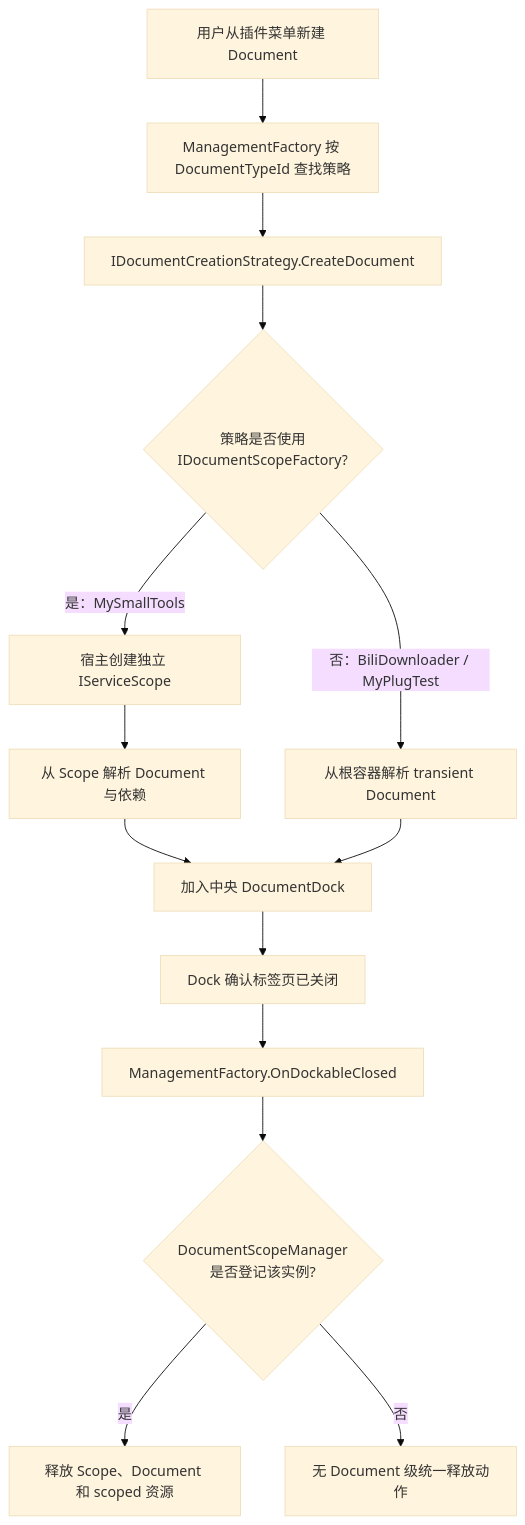
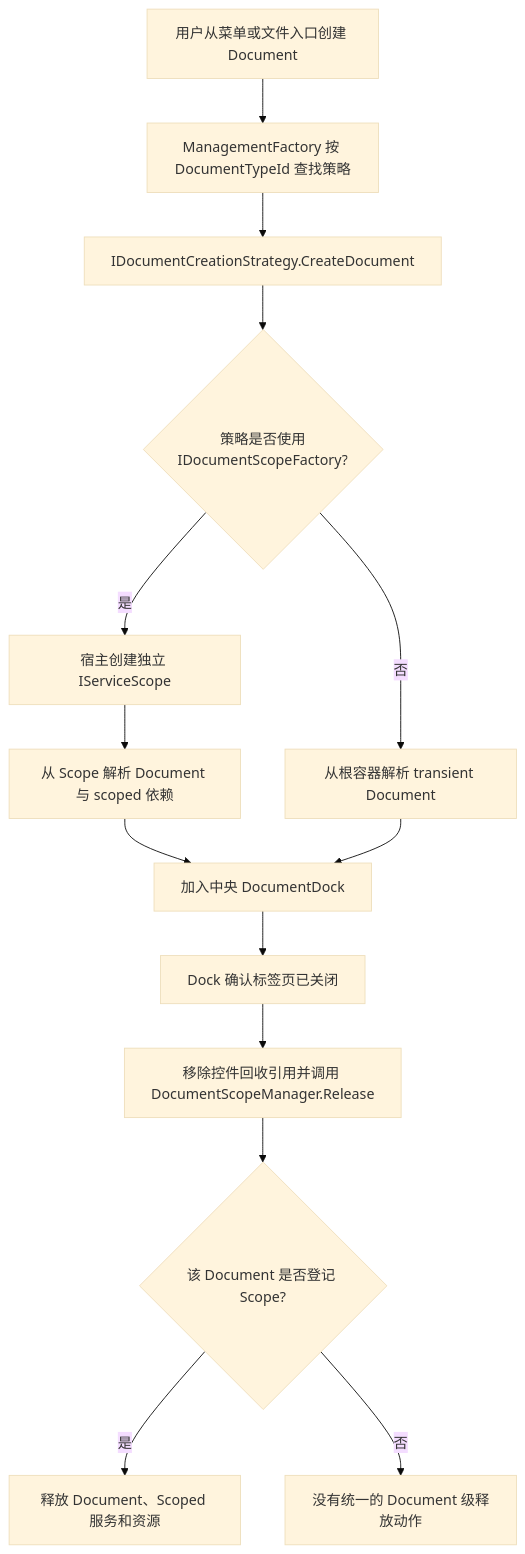
The third of 5 diagrams in docs/host-plugin-architecture-review.md (crownclowngx/avalonia_dock_simple_test), drawn with Mermaid (base theme) before and after one commit. The commit also changed other lines of this file, not shown here.

````diff
--- a/docs/host-plugin-architecture-review.md
+++ b/docs/host-plugin-architecture-review.md
@@ -117,16 +120,16 @@
 ```mermaid
 flowchart TD
-    User["用户从插件菜单新建 Document"] --> Host["ManagementFactory 按 DocumentTypeId 查找策略"]
+    User["用户从菜单或文件入口创建 Document"] --> Host["ManagementFactory 按 DocumentTypeId 查找策略"]
     Host --> Strategy["IDocumentCreationStrategy.CreateDocument"]
     Strategy --> Choice{"策略是否使用<br/>IDocumentScopeFactory?"}
-    Choice -- "是：MySmallTools" --> Scope["宿主创建独立 IServiceScope"]
-    Scope --> Resolve["从 Scope 解析 Document 与依赖"]
-    Choice -- "否：BiliDownloader / MyPlugTest" --> Root["从根容器解析 transient Document"]
+    Choice -- "是" --> Scope["宿主创建独立 IServiceScope"]
+    Scope --> Resolve["从 Scope 解析 Document 与 scoped 依赖"]
+    Choice -- "否" --> Root["从根容器解析 transient Document"]
     Resolve --> Dock["加入中央 DocumentDock"]
     Root --> Dock
     Dock --> Close["Dock 确认标签页已关闭"]
-    Close --> Release["ManagementFactory.OnDockableClosed"]
-    Release --> Managed{"DocumentScopeManager<br/>是否登记该实例?"}
-    Managed -- "是" --> Dispose["释放 Scope、Document 和 scoped 资源"]
-    Managed -- "否" --> End["无 Document 级统一释放动作"]
+    Close --> Release["移除控件回收引用并调用 DocumentScopeManager.Release"]
+    Release --> Managed{"该 Document 是否登记 Scope?"}
+    Managed -- "是" --> Dispose["释放 Document、Scoped 服务和资源"]
+    Managed -- "否" --> End["没有统一的 Document 级释放动作"]
 ```
````
